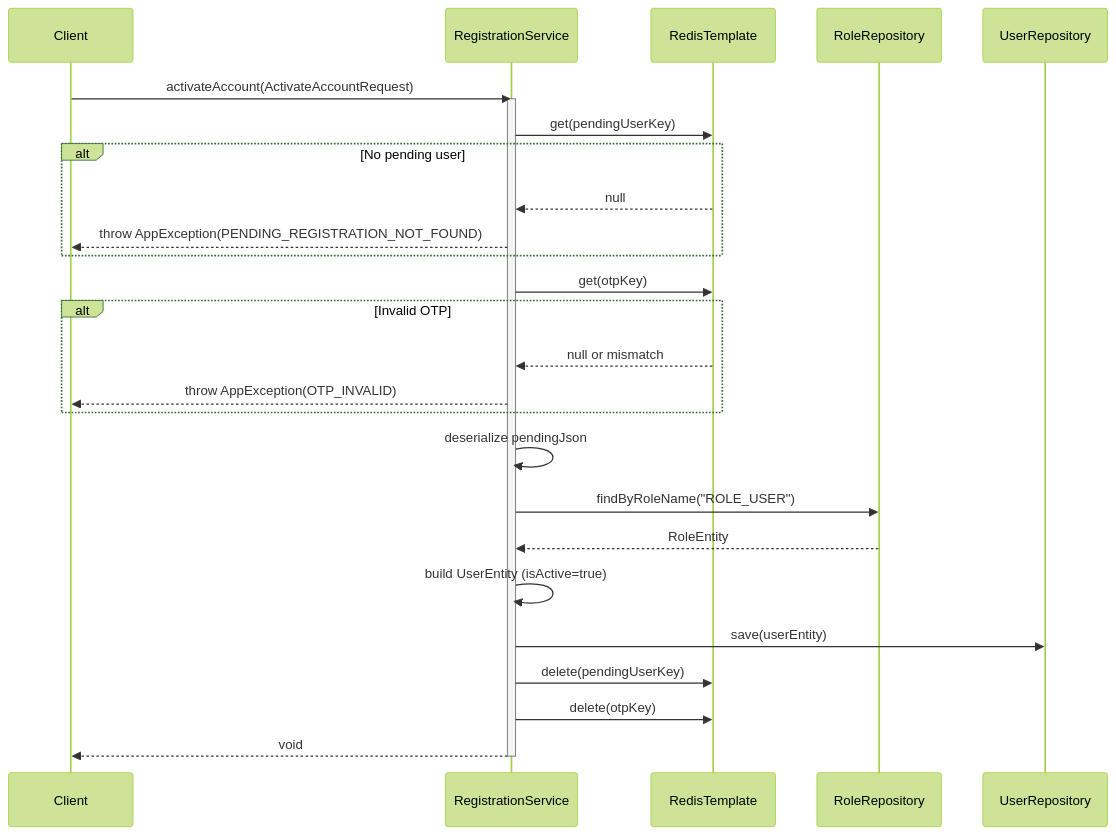
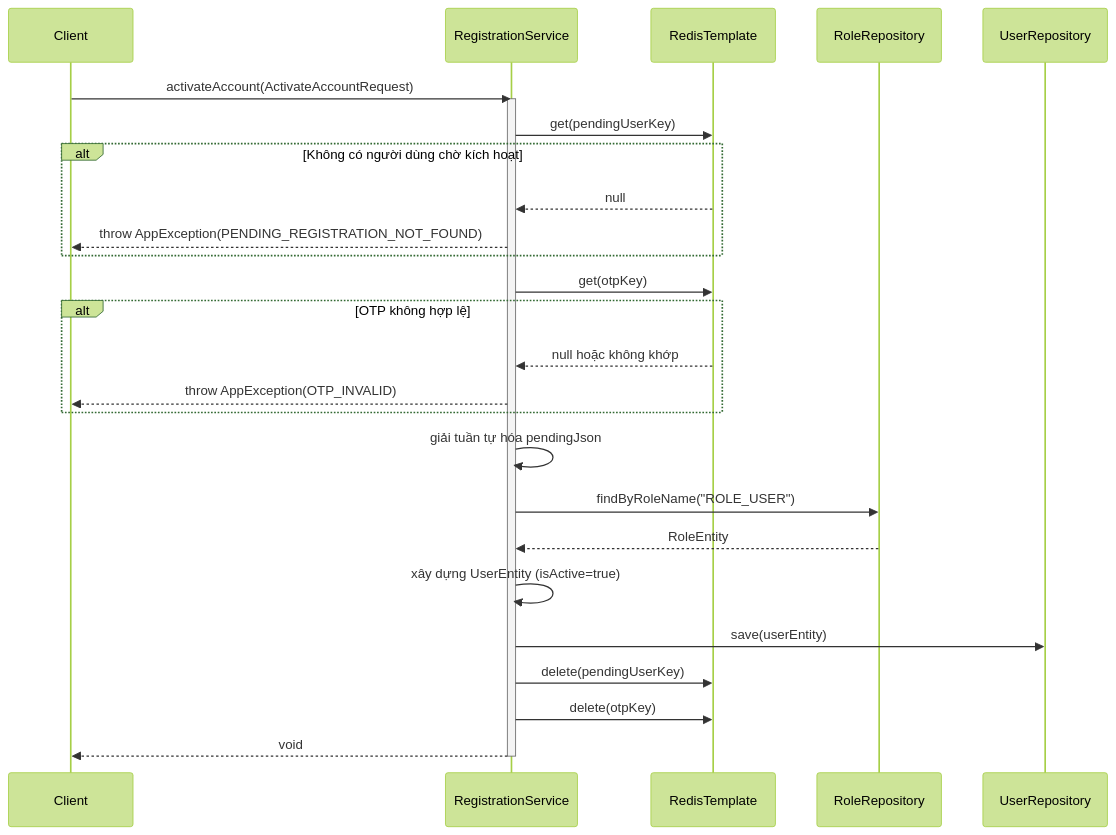
Before and after one commit to aquoc09/easymall: the sixth of 10 diagrams in .agent/sequence/auth_services_sequence_diagrams.md, drawn with Mermaid (forest theme). The commit also changed other lines of this file and 18 other files, not shown here.

Commit message:
UPDATE: Sequence diagram vietnamese

````diff
--- a/.agent/sequence/auth_services_sequence_diagrams.md
+++ b/.agent/sequence/auth_services_sequence_diagrams.md
@@ -213,38 +213,38 @@
 ```mermaid
 sequenceDiagram
     participant Client
     participant RegistrationService
     participant RedisTemplate
     participant RoleRepository
     participant UserRepository
 
     Client->>RegistrationService: activateAccount(ActivateAccountRequest)
     activate RegistrationService
 
     RegistrationService->>RedisTemplate: get(pendingUserKey)
-    alt No pending user
+    alt Không có người dùng chờ kích hoạt
         RedisTemplate-->>RegistrationService: null
         RegistrationService-->>Client: throw AppException(PENDING_REGISTRATION_NOT_FOUND)
     end
 
     RegistrationService->>RedisTemplate: get(otpKey)
-    alt Invalid OTP
-        RedisTemplate-->>RegistrationService: null or mismatch
+    alt OTP không hợp lệ
+        RedisTemplate-->>RegistrationService: null hoặc không khớp
         RegistrationService-->>Client: throw AppException(OTP_INVALID)
     end
 
-    RegistrationService->>RegistrationService: deserialize pendingJson
+    RegistrationService->>RegistrationService: giải tuần tự hóa pendingJson
     
     RegistrationService->>RoleRepository: findByRoleName("ROLE_USER")
     RoleRepository-->>RegistrationService: RoleEntity
     
-    RegistrationService->>RegistrationService: build UserEntity (isActive=true)
+    RegistrationService->>RegistrationService: xây dựng UserEntity (isActive=true)
     
     RegistrationService->>UserRepository: save(userEntity)
     
     RegistrationService->>RedisTemplate: delete(pendingUserKey)
     RegistrationService->>RedisTemplate: delete(otpKey)
 
     RegistrationService-->>Client: void
     deactivate RegistrationService
 ```
````
